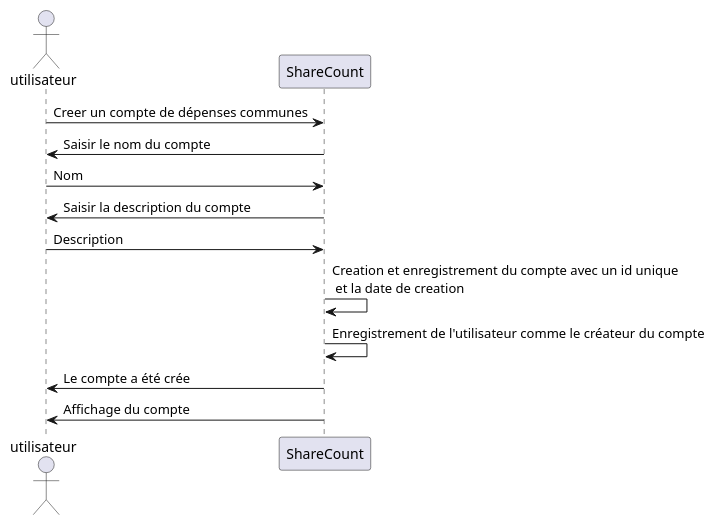
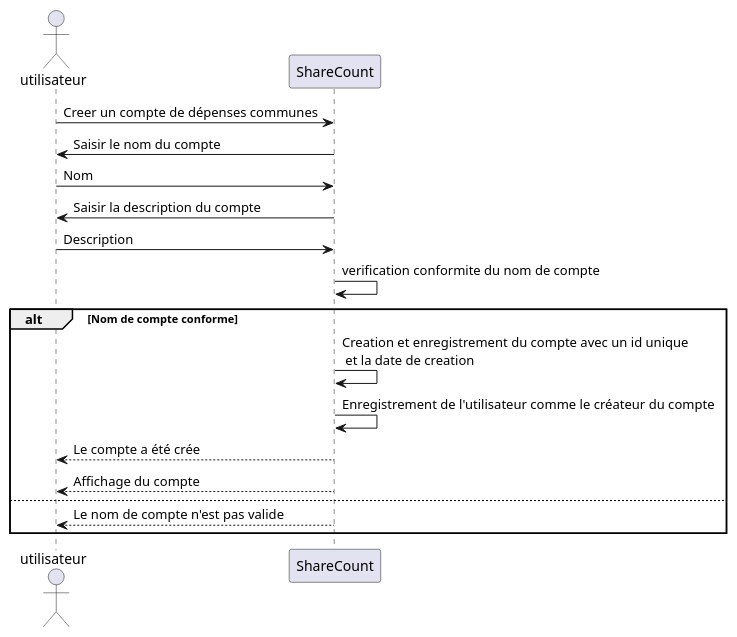
Before and after one commit to lmtb06/sharecount: the diagram in diagrammes/specification/sequence/compte-depenses-communes/creer-compte-depenses.puml, drawn with PlantUML. The commit also changed 5 other files, not shown here.

Commit message:
-mise à jour diagramme de séquence de conception de creer-compte-depenses -mise à jour diagramme de séquence de specification de creer-compte-depenses

```diff
--- a/diagrammes/specification/sequence/compte-depenses-communes/creer-compte-depenses.puml
+++ b/diagrammes/specification/sequence/compte-depenses-communes/creer-compte-depenses.puml
@@ -1,17 +1,21 @@
 @startuml  Creer un compte de dépenses communes
 
 actor utilisateur as user
 participant ShareCount as sc
 
 user 	-> sc 		: Creer un compte de dépenses communes
 user 	<- sc 		: Saisir le nom du compte
 user 	-> sc 		: Nom
 user 	<- sc 		: Saisir la description du compte
 user 	-> sc 		: Description
-
+sc -> sc : verification conformite du nom de compte
+alt Nom de compte conforme
 sc 		-> sc 		: Creation et enregistrement du compte avec un id unique \n et la date de creation
 sc 		-> sc 		: Enregistrement de l'utilisateur comme le créateur du compte
-user 	<- sc 		: Le compte a été crée
-user 	<- sc 		: Affichage du compte
+user 	<-- sc 		: Le compte a été crée
+user 	<-- sc 		: Affichage du compte
+else
+sc 	--> 	user : Le nom de compte n'est pas valide
+end
 
 @enduml
```
